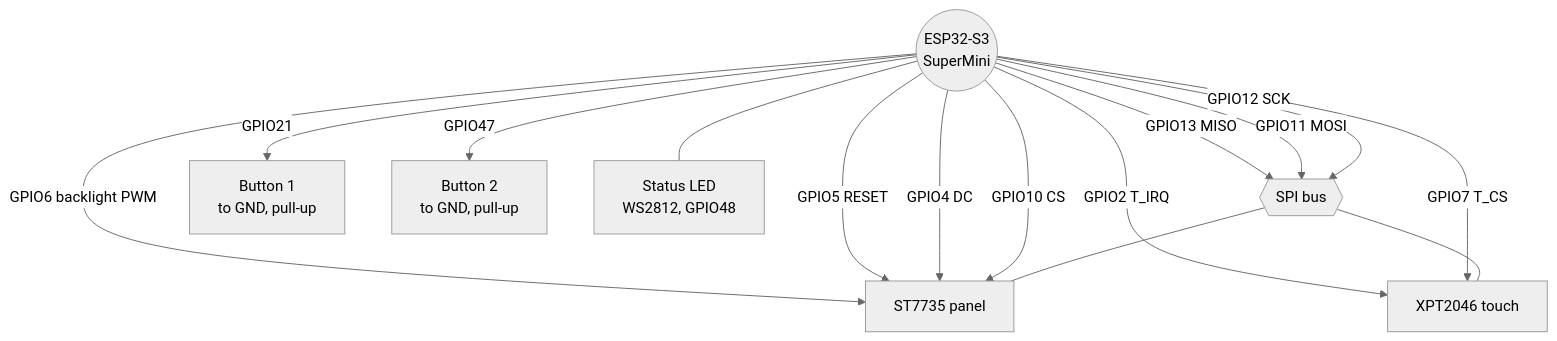
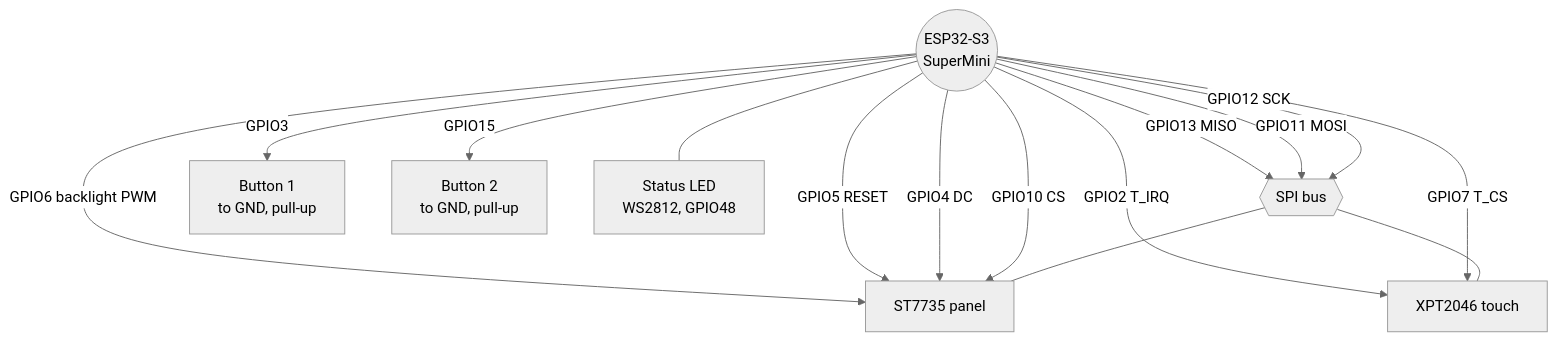
Before and after one commit to TheWebDevEhi/health-wearable: the sixth of 8 diagrams in readme.md, drawn with Mermaid (neutral theme). The commit also changed other lines of this file and 5 other files, not shown here.

````diff
--- a/readme.md
+++ b/readme.md
@@ -261,20 +261,20 @@
 ```mermaid
 flowchart TB
     MCU(("ESP32-S3<br/>SuperMini"))
     MCU -->|GPIO12 SCK| SPI{{SPI bus}}
     MCU -->|GPIO11 MOSI| SPI
     MCU -->|GPIO13 MISO| SPI
     SPI --- LCD["ST7735 panel"]
     SPI --- XPT["XPT2046 touch"]
 
     MCU -->|GPIO10 CS| LCD
     MCU -->|GPIO4 DC| LCD
     MCU -->|GPIO5 RESET| LCD
     MCU -->|GPIO6 backlight PWM| LCD
     MCU -->|GPIO7 T_CS| XPT
     MCU -->|GPIO2 T_IRQ| XPT
 
-    MCU -->|GPIO21| BTN1["Button 1<br/>to GND, pull-up"]
-    MCU -->|GPIO47| BTN2["Button 2<br/>to GND, pull-up"]
+    MCU -->|GPIO3| BTN1["Button 1<br/>to GND, pull-up"]
+    MCU -->|GPIO15| BTN2["Button 2<br/>to GND, pull-up"]
     MCU --- LEDW["Status LED<br/>WS2812, GPIO48"]
 ```
````
